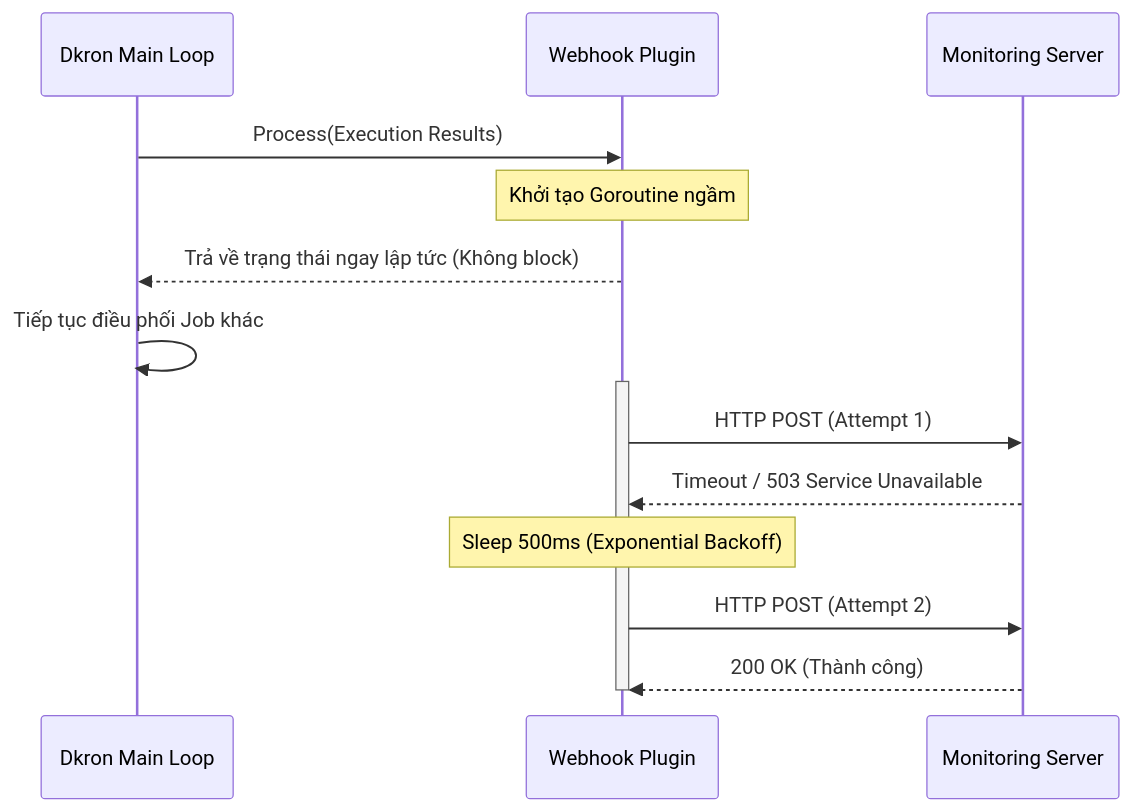
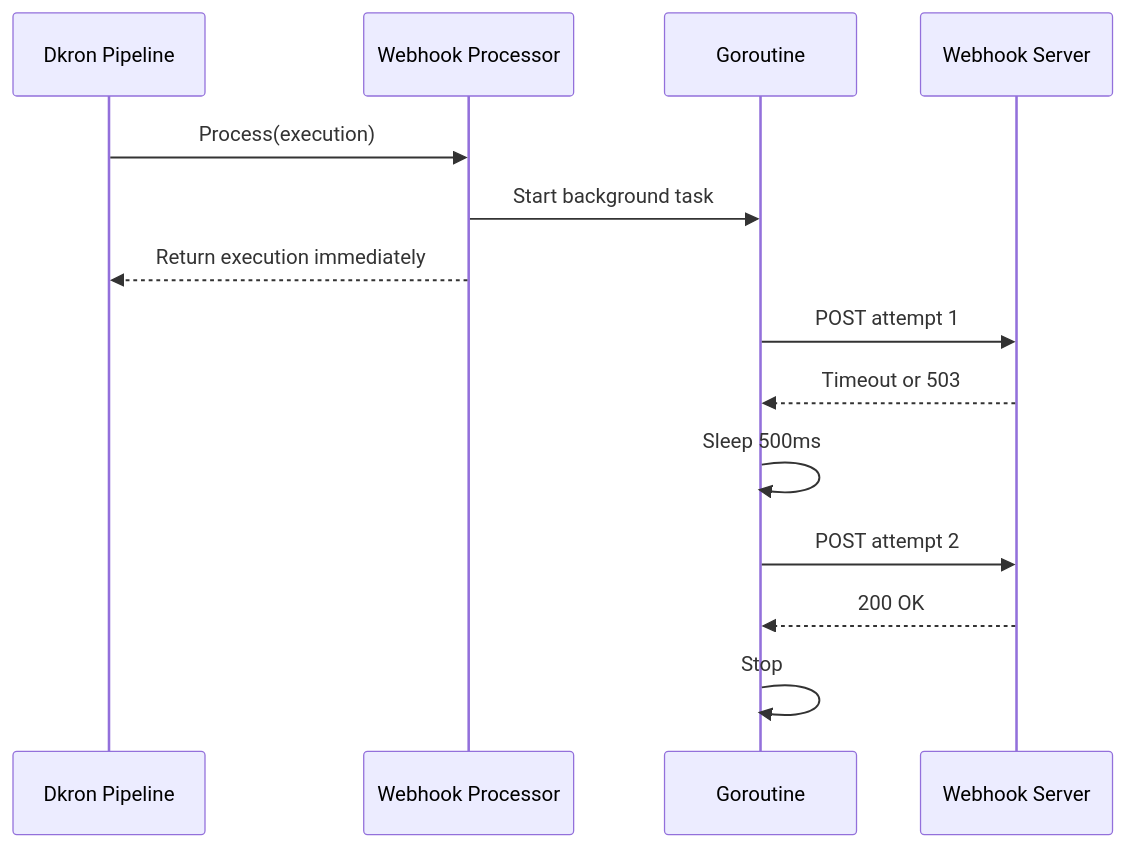
Before and after one commit to bachiep/phan-tan-dkron-giuaky: the second of 2 diagrams in docs/BAO_CAO_GIUA_KY_DKRON.md, drawn with Mermaid. The commit also changed other lines of this file and 1 other file, not shown here.

````diff
--- a/docs/BAO_CAO_GIUA_KY_DKRON.md
+++ b/docs/BAO_CAO_GIUA_KY_DKRON.md
@@ -118,20 +828,17 @@
 ```mermaid
 sequenceDiagram
-    participant D as Dkron Main Loop
-    participant W as Webhook Plugin
-    participant S as Monitoring Server
+    participant D as Dkron Pipeline
+    participant W as Webhook Processor
+    participant G as Goroutine
+    participant S as Webhook Server
 
-    D->>W: Process(Execution Results)
-    Note over W: Khởi tạo Goroutine ngầm
-    W-->>D: Trả về trạng thái ngay lập tức (Không block)
-    D->>D: Tiếp tục điều phối Job khác
-
-    activate W
-    W->>S: HTTP POST (Attempt 1)
-    S-->>W: Timeout / 503 Service Unavailable
-    Note over W: Sleep 500ms (Exponential Backoff)
-    
-    W->>S: HTTP POST (Attempt 2)
-    S-->>W: 200 OK (Thành công)
-    deactivate W
+    D->>W: Process(execution)
+    W->>G: Start background task
+    W-->>D: Return execution immediately
+    G->>S: POST attempt 1
+    S-->>G: Timeout or 503
+    G->>G: Sleep 500ms
+    G->>S: POST attempt 2
+    S-->>G: 200 OK
+    G->>G: Stop
 ```
````
